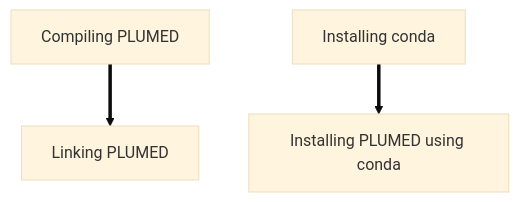
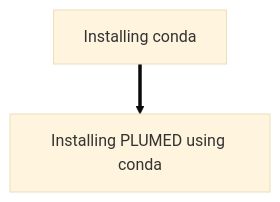
One commit to plumed/installation-instructions changed the diagram in NAVIGATION.md. Above: the diagram before and after it, drawn with Mermaid (base theme). The commit also changed 6 other files, not shown here.

````diff
--- a/NAVIGATION.md
+++ b/NAVIGATION.md
@@ -15,9 +15,7 @@
 ```mermaid
 flowchart TB;
-  A[Compiling PLUMED] ==> B[Linking PLUMED]
   C[Installing conda] ==> D[Installing PLUMED using conda]
   click A "InstallationPP.md" "These are the instructions for building PLUMED";
-  click B "linkingPP.md" "These are the instructions for linking PLUMED to an MD code";
   click C "ref1" "Instructions for installing conda on your machine";
   click D "conda.md" "These are the instructions for getting PLUMED from conda";
 ```
````
